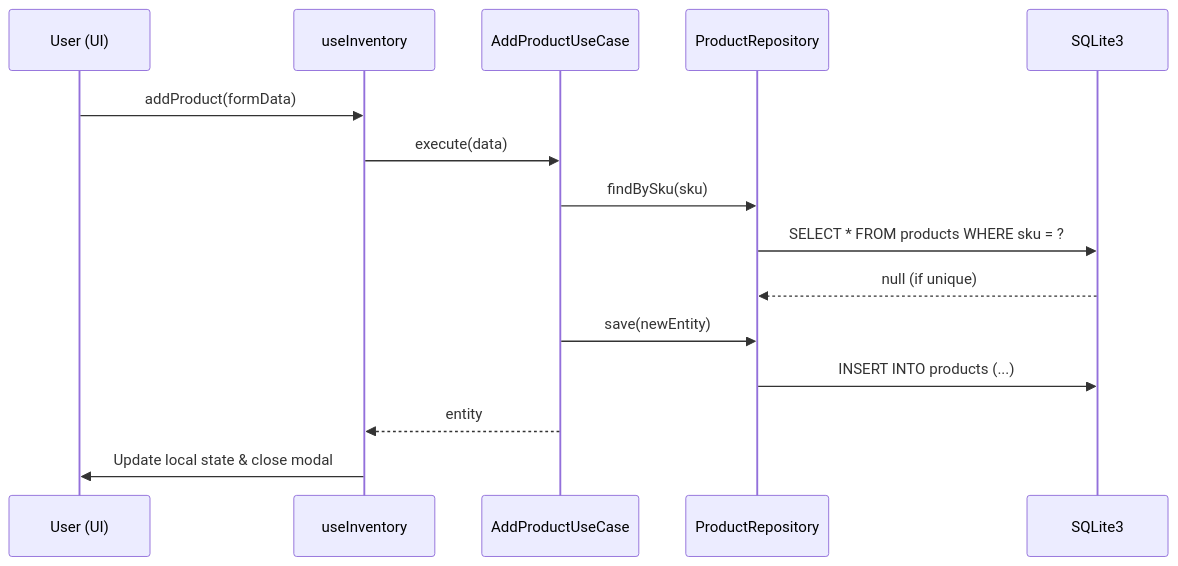
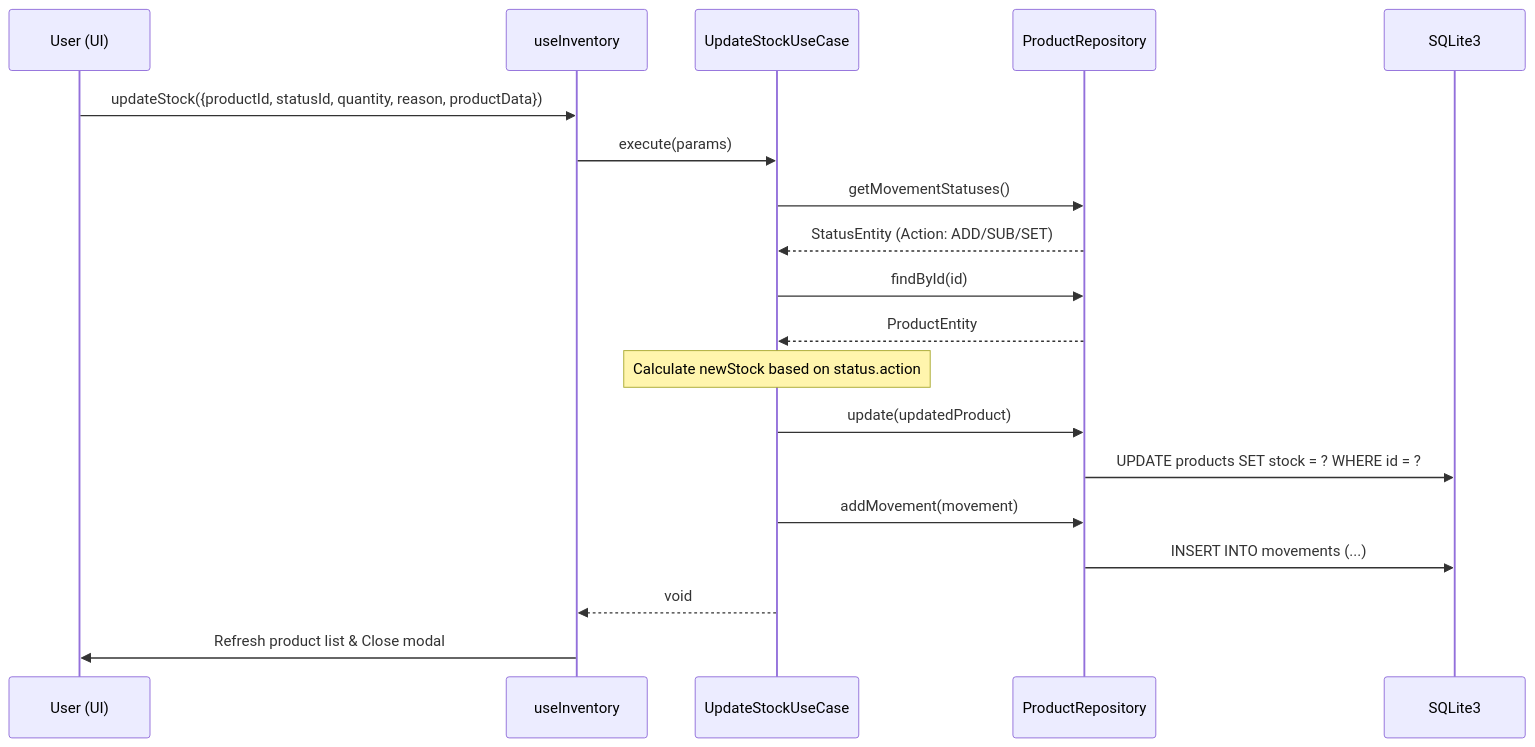
The second of 3 diagrams in SRS.md (bc3-kg/smart-inventory), drawn with Mermaid before and after one commit. The commit also changed other lines of this file and 22 other files, not shown here.

````diff
--- a/SRS.md
+++ b/SRS.md
@@ -51,18 +53,22 @@
 ```mermaid
 sequenceDiagram
     participant U as User (UI)
     participant H as useInventory
-    participant UC as AddProductUseCase
+    participant UC as UpdateStockUseCase
     participant R as ProductRepository
     participant DB as SQLite3
 
-    U->>H: addProduct(formData)
-    H->>UC: execute(data)
-    UC->>R: findBySku(sku)
-    R->>DB: SELECT * FROM products WHERE sku = ?
-    DB-->>R: null (if unique)
-    UC->>R: save(newEntity)
-    R->>DB: INSERT INTO products (...)
-    UC-->>H: entity
-    H->>U: Update local state & close modal
+    U->>H: updateStock({productId, statusId, quantity, reason, productData})
+    H->>UC: execute(params)
+    UC->>R: getMovementStatuses()
+    R-->>UC: StatusEntity (Action: ADD/SUB/SET)
+    UC->>R: findById(id)
+    R-->>UC: ProductEntity
+    Note over UC: Calculate newStock based on status.action
+    UC->>R: update(updatedProduct)
+    R->>DB: UPDATE products SET stock = ? WHERE id = ?
+    UC->>R: addMovement(movement)
+    R->>DB: INSERT INTO movements (...)
+    UC-->>H: void
+    H->>U: Refresh product list & Close modal
 ```
````
